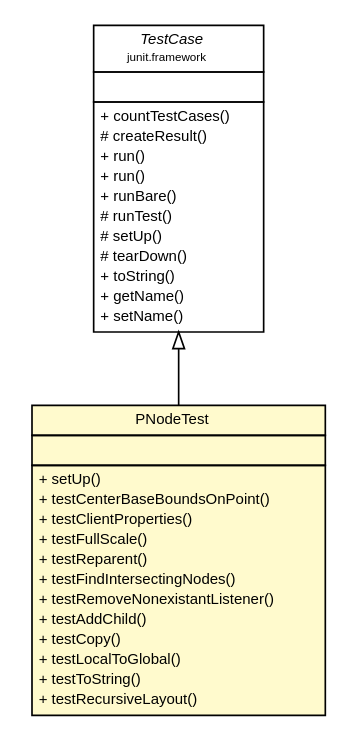
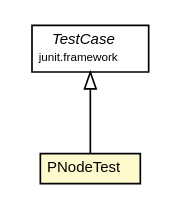
Before and after one commit to google-code-export/piccolo2d: the diagram in site/piccolo2d.java/release-1.3-SNAPSHOT/piccolo2d-core/testapidocs/edu/umd/cs/piccolo/PNodeTest.dot, drawn with Graphviz. The commit also changed 897 other files, not shown here.

```diff
--- a/site/piccolo2d.java/release-1.3-SNAPSHOT/piccolo2d-core/testapidocs/edu/umd/cs/piccolo/PNodeTest.dot
+++ b/site/piccolo2d.java/release-1.3-SNAPSHOT/piccolo2d-core/testapidocs/edu/umd/cs/piccolo/PNodeTest.dot
@@ -1,58 +1,25 @@
 #!/usr/local/bin/dot
 #
 # Class diagram 
 # Generated by UmlGraph version 4.6 (http://www.spinellis.gr/sw/umlgraph)
 #
 
 digraph G {
 	edge [fontname="Helvetica",fontsize=10,labelfontname="Helvetica",labelfontsize=10];
 	node [fontname="Helvetica",fontsize=10,shape=plaintext];
 	// edu.umd.cs.piccolo.PNodeTest
 	c231 [label=<<table border="0" cellborder="1" cellspacing="0" cellpadding="2" port="p" bgcolor="lemonChiffon" href="./PNodeTest.html">
 		<tr><td><table border="0" cellspacing="0" cellpadding="1">
 			<tr><td> PNodeTest </td></tr>
 		</table></td></tr>
-		<tr><td><table border="0" cellspacing="0" cellpadding="1">
-			<tr><td align="left">  </td></tr>
-		</table></td></tr>
-		<tr><td><table border="0" cellspacing="0" cellpadding="1">
-			<tr><td align="left"> + setUp() </td></tr>
-			<tr><td align="left"> + testCenterBaseBoundsOnPoint() </td></tr>
-			<tr><td align="left"> + testClientProperties() </td></tr>
-			<tr><td align="left"> + testFullScale() </td></tr>
-			<tr><td align="left"> + testReparent() </td></tr>
-			<tr><td align="left"> + testFindIntersectingNodes() </td></tr>
-			<tr><td align="left"> + testRemoveNonexistantListener() </td></tr>
-			<tr><td align="left"> + testAddChild() </td></tr>
-			<tr><td align="left"> + testCopy() </td></tr>
-			<tr><td align="left"> + testLocalToGlobal() </td></tr>
-			<tr><td align="left"> + testToString() </td></tr>
-			<tr><td align="left"> + testRecursiveLayout() </td></tr>
-		</table></td></tr>
 		</table>>, fontname="Helvetica", fontcolor="black", fontsize=9.0];
 	//edu.umd.cs.piccolo.PNodeTest extends junit.framework.TestCase
 	c234:p -> c231:p [dir=back,arrowtail=empty];
 	// junit.framework.TestCase
 	c234 [label=<<table border="0" cellborder="1" cellspacing="0" cellpadding="2" port="p">
 		<tr><td><table border="0" cellspacing="0" cellpadding="1">
 			<tr><td><font face="Helvetica-Oblique"> TestCase </font></td></tr>
 			<tr><td><font point-size="7.0"> junit.framework </font></td></tr>
 		</table></td></tr>
-		<tr><td><table border="0" cellspacing="0" cellpadding="1">
-			<tr><td align="left">  </td></tr>
-		</table></td></tr>
-		<tr><td><table border="0" cellspacing="0" cellpadding="1">
-			<tr><td align="left"> + countTestCases() </td></tr>
-			<tr><td align="left"> # createResult() </td></tr>
-			<tr><td align="left"> + run() </td></tr>
-			<tr><td align="left"> + run() </td></tr>
-			<tr><td align="left"> + runBare() </td></tr>
-			<tr><td align="left"> # runTest() </td></tr>
-			<tr><td align="left"> # setUp() </td></tr>
-			<tr><td align="left"> # tearDown() </td></tr>
-			<tr><td align="left"> + toString() </td></tr>
-			<tr><td align="left"> + getName() </td></tr>
-			<tr><td align="left"> + setName() </td></tr>
-		</table></td></tr>
 		</table>>, fontname="Helvetica", fontcolor="black", fontsize=9.0];
 }
```
